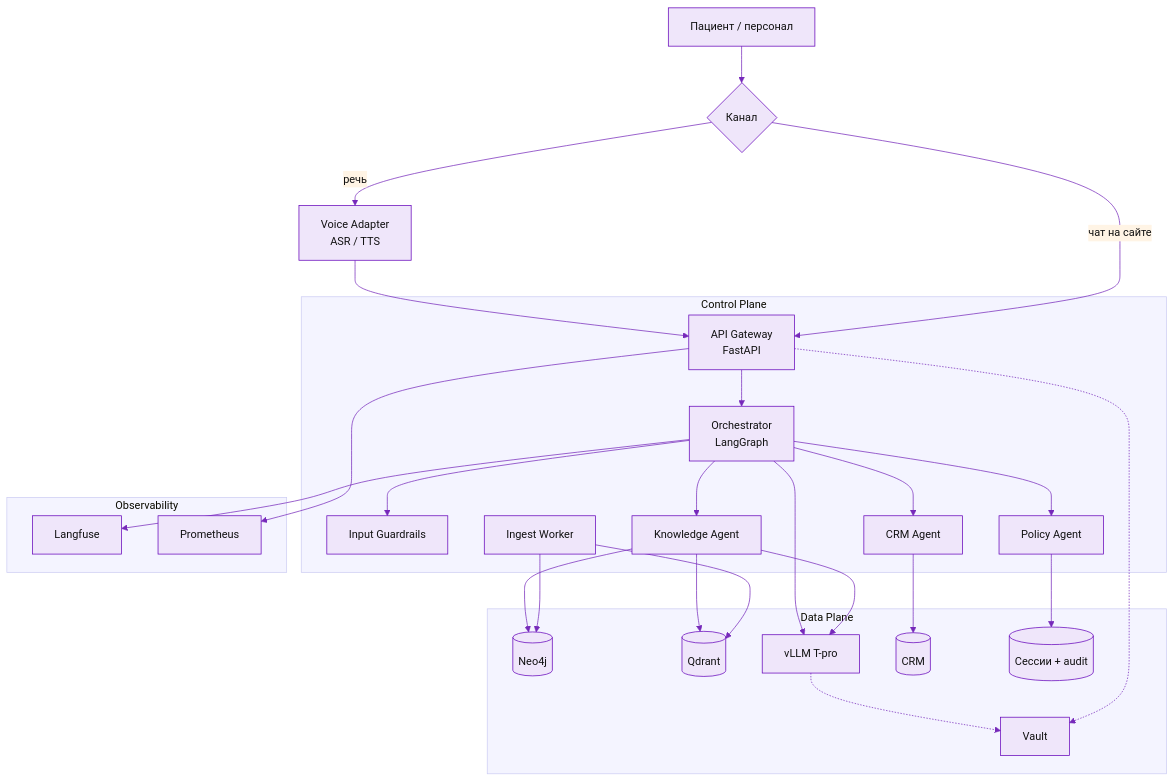
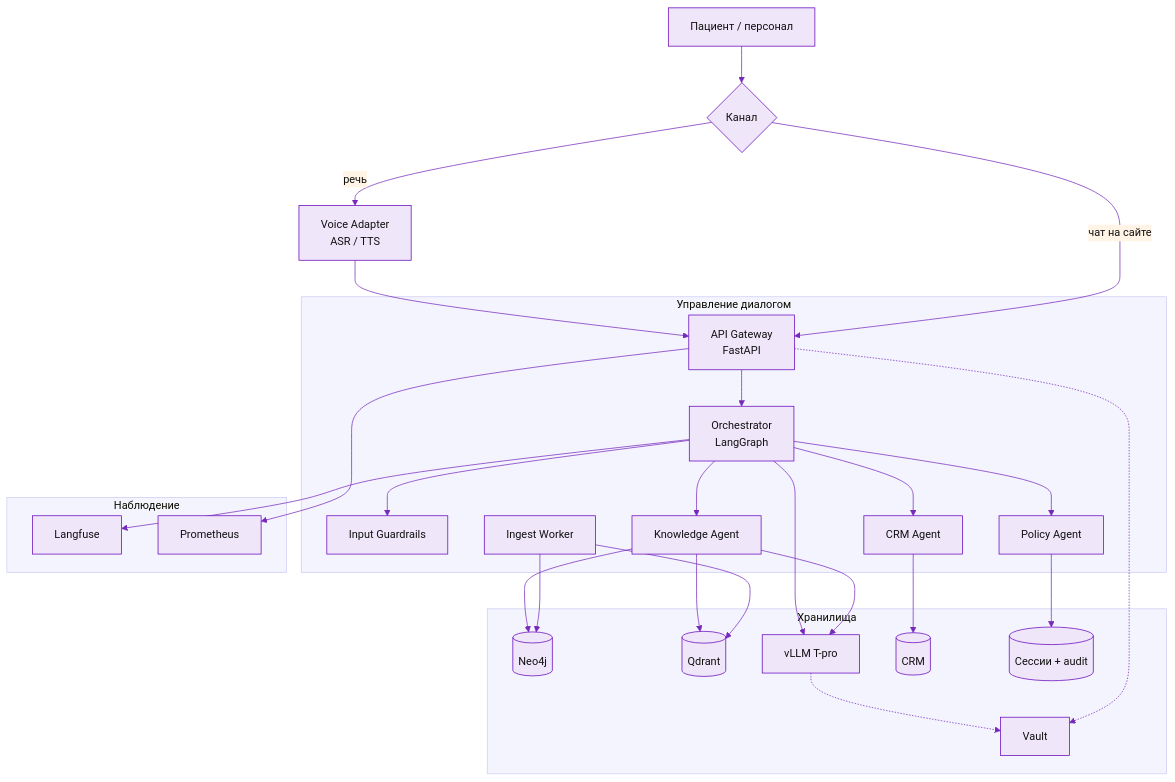
One commit to divisee/otus-ai-architect changed the diagram in final-project/slides/c4-l2.mmd. Above: the diagram before and after it, drawn with Mermaid. The commit also changed 2 other files, not shown here.

Commit message:
Explain dialogue control and storage instead of Control and Data Plane.

```diff
--- a/final-project/slides/c4-l2.mmd
+++ b/final-project/slides/c4-l2.mmd
@@ -1,39 +1,39 @@
 %%{init: {'theme':'base','themeVariables':{'primaryColor':'#efe6fa','primaryTextColor':'#111111','primaryBorderColor':'#6402ba','lineColor':'#7629ba','secondaryColor':'#fff4e5','tertiaryColor':'#f4f4ff','fontFamily':'Roboto, Arial, sans-serif','fontSize':'15px','actorBkg':'#efe6fa','actorBorder':'#6402ba','actorTextColor':'#111111','signalColor':'#6402ba','signalTextColor':'#111111','noteBkgColor':'#fff4e5','noteBorderColor':'#ffab40'}}}%%
 
 flowchart TB
     U[Пациент / персонал] --> CH{Канал}
     CH -->|речь| VG[Voice Adapter<br/>ASR / TTS]
     CH -->|чат на сайте| GW[API Gateway<br/>FastAPI]
     VG --> GW
-    subgraph CP["Control Plane"]
+    subgraph CP["Управление диалогом"]
         GW --> ORCH[Orchestrator<br/>LangGraph]
         ORCH --> IG[Input Guardrails]
         ORCH --> KN[Knowledge Agent]
         ORCH --> CRM_A[CRM Agent]
         ORCH --> POL[Policy Agent]
         ING[Ingest Worker]
     end
-    subgraph DP["Data Plane"]
+    subgraph DP["Хранилища"]
         NEO[(Neo4j)]
         QD[(Qdrant)]
         LLM[vLLM T-pro]
         CRM[(CRM)]
         VAULT[Vault]
         SESS[(Сессии + audit)]
     end
-    subgraph OBS["Observability"]
+    subgraph OBS["Наблюдение"]
         LF[Langfuse]
         PR[Prometheus]
     end
     ING --> NEO
     ING --> QD
     KN --> NEO
     KN --> QD
     KN --> LLM
     CRM_A --> CRM
     POL --> SESS
     ORCH --> LLM
     ORCH --> LF
     GW --> PR
     GW -.-> VAULT
     LLM -.-> VAULT
```
